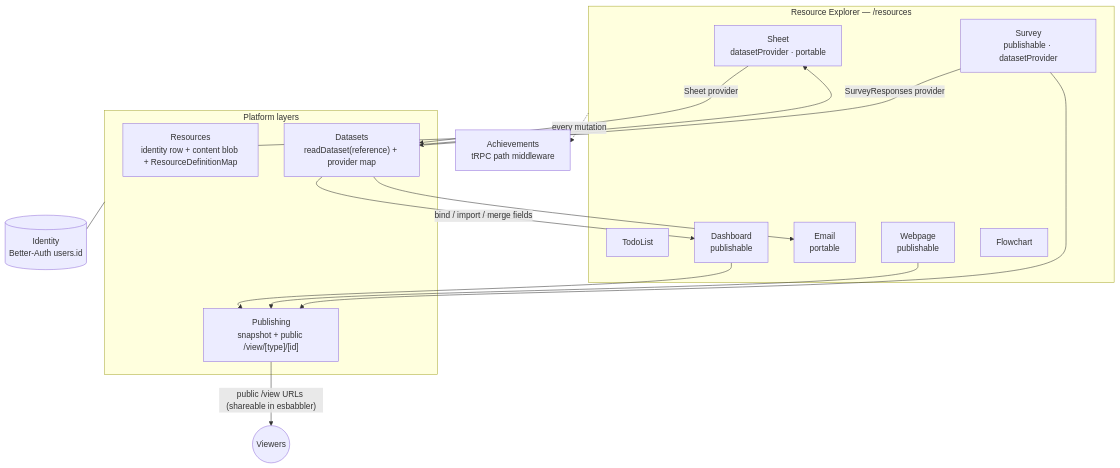
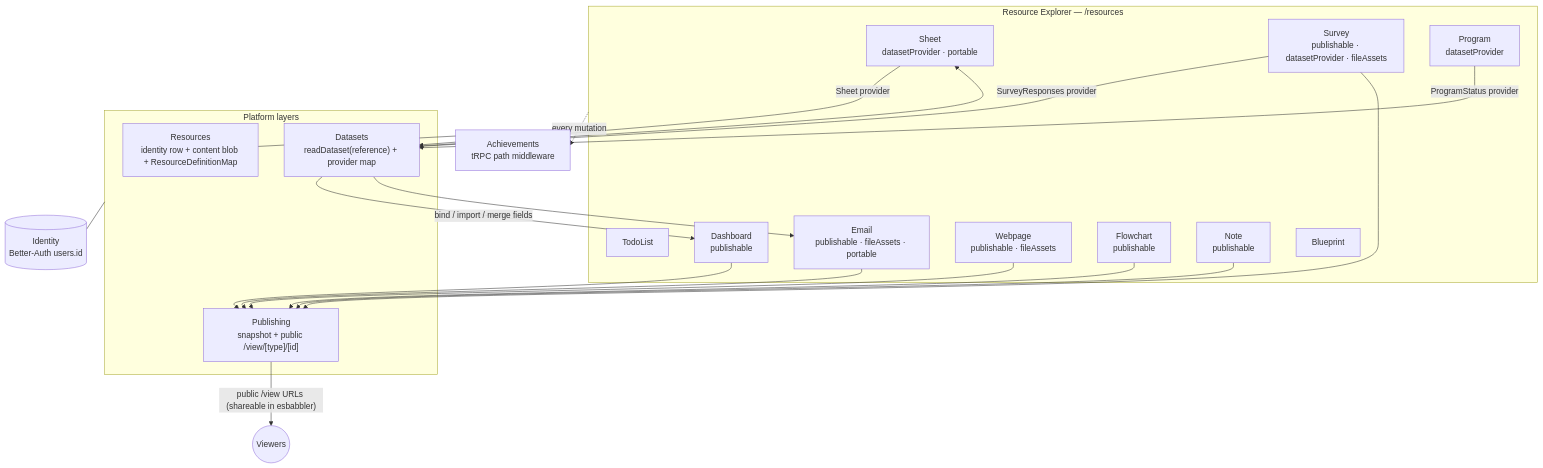
Before and after one commit to Esposter/Esposter: the first of 2 diagrams in packages/app/content/docs/architecture/platform.md, drawn with Mermaid. The commit also changed other lines of this file and 14 other files, not shown here.

First line of the commit message:
docs: sync architecture pages with shipped resource types, fix promoted-proposal links, add consistency-test proposals

````diff
--- a/packages/app/content/docs/architecture/platform.md
+++ b/packages/app/content/docs/architecture/platform.md
@@ -26,34 +26,41 @@
 ```mermaid
 flowchart TB
   subgraph explorer [Resource Explorer — /resources]
     SHEET[Sheet<br/>datasetProvider · portable]
-    SURVEY[Survey<br/>publishable · datasetProvider]
+    SURVEY[Survey<br/>publishable · datasetProvider · fileAssets]
     TODO[TodoList]
     DASH[Dashboard<br/>publishable]
-    EMAIL[Email<br/>portable]
-    WEB[Webpage<br/>publishable]
-    FLOW[Flowchart]
+    EMAIL[Email<br/>publishable · fileAssets · portable]
+    WEB[Webpage<br/>publishable · fileAssets]
+    FLOW[Flowchart<br/>publishable]
+    NOTE[Note<br/>publishable]
+    PROG[Program<br/>datasetProvider]
+    BP[Blueprint]
   end
 
   subgraph platform [Platform layers]
     RES["Resources<br/>identity row + content blob + ResourceDefinitionMap"]
     DS["Datasets<br/>readDataset(reference) + provider map"]
     PUB["Publishing<br/>snapshot + public /view/[type]/[id]"]
   end
 
   explorer --- RES
   SHEET -- Sheet provider --> DS
   SURVEY -- SurveyResponses provider --> DS
+  PROG -- ProgramStatus provider --> DS
   DS -- bind / import / merge fields --> DASH
   DS --> SHEET
   DS --> EMAIL
   SURVEY --> PUB
   DASH --> PUB
   WEB --> PUB
+  EMAIL --> PUB
+  FLOW --> PUB
+  NOTE --> PUB
   PUB -- "public /view URLs (shareable in esbabbler)" --> WORLD((Viewers))
 
   ACH[Achievements<br/>tRPC path middleware]
   ID[(Identity<br/>Better-Auth users.id)]
   platform --- ID
   explorer -. every mutation .-> ACH
 ```
````
